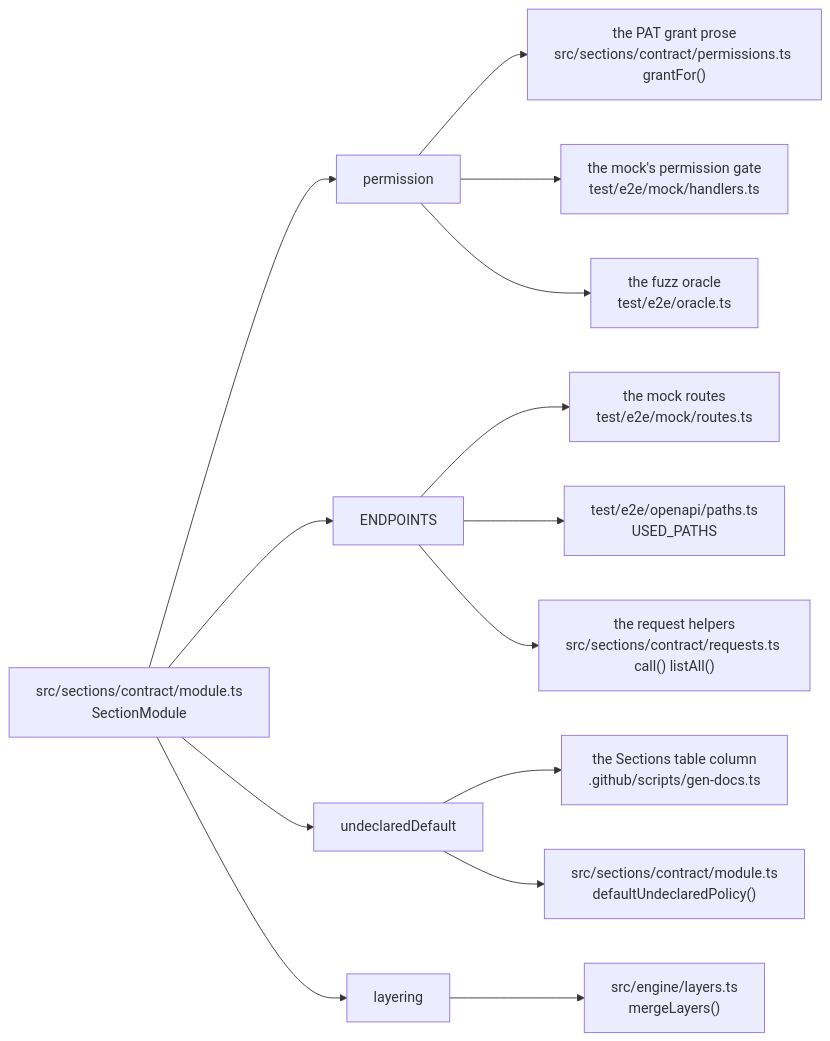
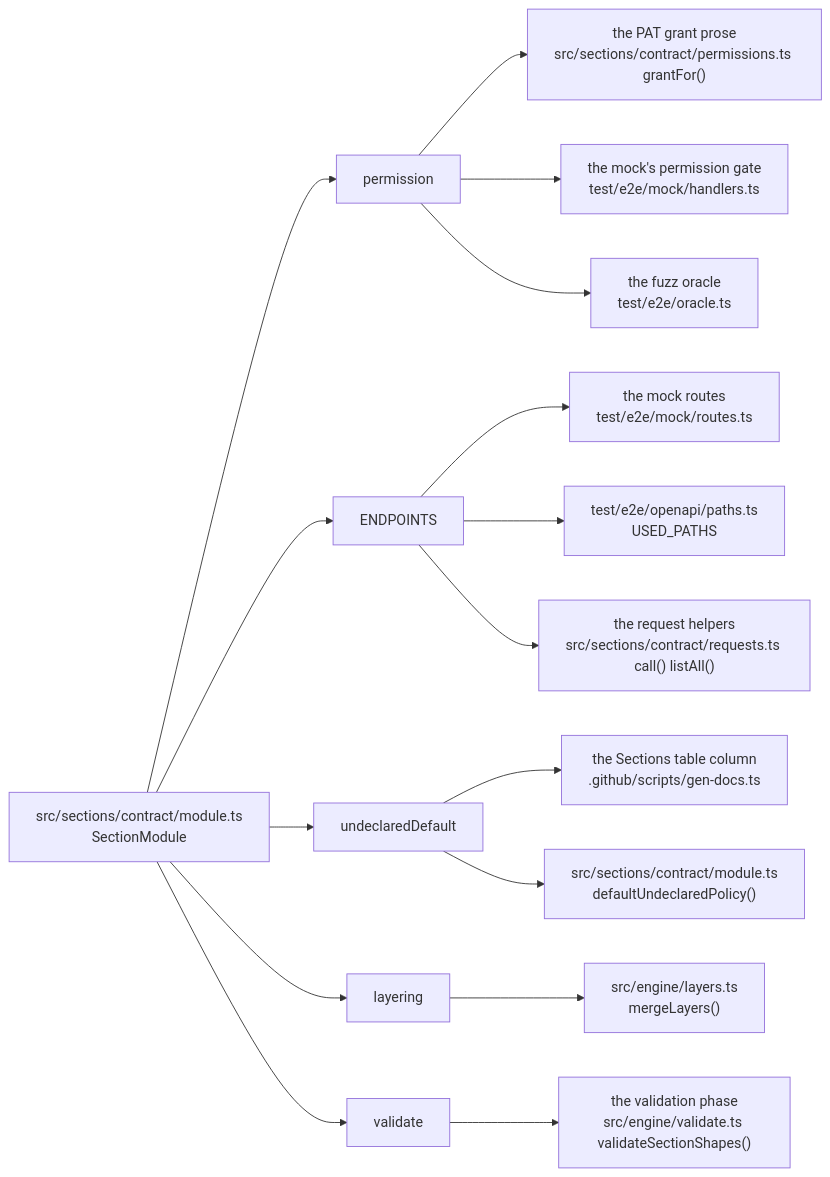
One commit to Vivswan/github-settings-as-code changed the seventh of 9 diagrams in docs/reference/architecture.md. Above: the diagram before and after it, drawn with Mermaid. The commit also changed other lines of this file, not shown here.

Commit message:
docs(architecture): describe the validation phase, the layering fold's three directives, and render mode (#302)

````diff
--- a/docs/reference/architecture.md
+++ b/docs/reference/architecture.md
@@ -151,30 +222,34 @@
 ```mermaid
 flowchart LR
   module["src/sections/contract/module.ts<br>SectionModule"]
   permission["permission"]
   endpoints["ENDPOINTS"]
   undeclared["undeclaredDefault"]
   layering["layering"]
+  validate["validate"]
   grant["the PAT grant prose<br>src/sections/contract/permissions.ts grantFor()"]
   gate["the mock's permission gate<br>test/e2e/mock/handlers.ts"]
   oracle["the fuzz oracle<br>test/e2e/oracle.ts"]
   routes["the mock routes<br>test/e2e/mock/routes.ts"]
   paths["test/e2e/openapi/paths.ts<br>USED_PATHS"]
   calls["the request helpers<br>src/sections/contract/requests.ts call() listAll()"]
   column["the Sections table column<br>.github/scripts/gen-docs.ts"]
   policy["src/sections/contract/module.ts<br>defaultUndeclaredPolicy()"]
   fold["src/engine/layers.ts<br>mergeLayers()"]
+  phase["the validation phase<br>src/engine/validate.ts validateSectionShapes()"]
   module --> permission
   module --> endpoints
   module --> undeclared
   module --> layering
+  module --> validate
   permission --> grant
   permission --> gate
   permission --> oracle
   endpoints --> routes
   endpoints --> paths
   endpoints --> calls
   undeclared --> column
   undeclared --> policy
   layering --> fold
+  validate --> phase
 ```
````
